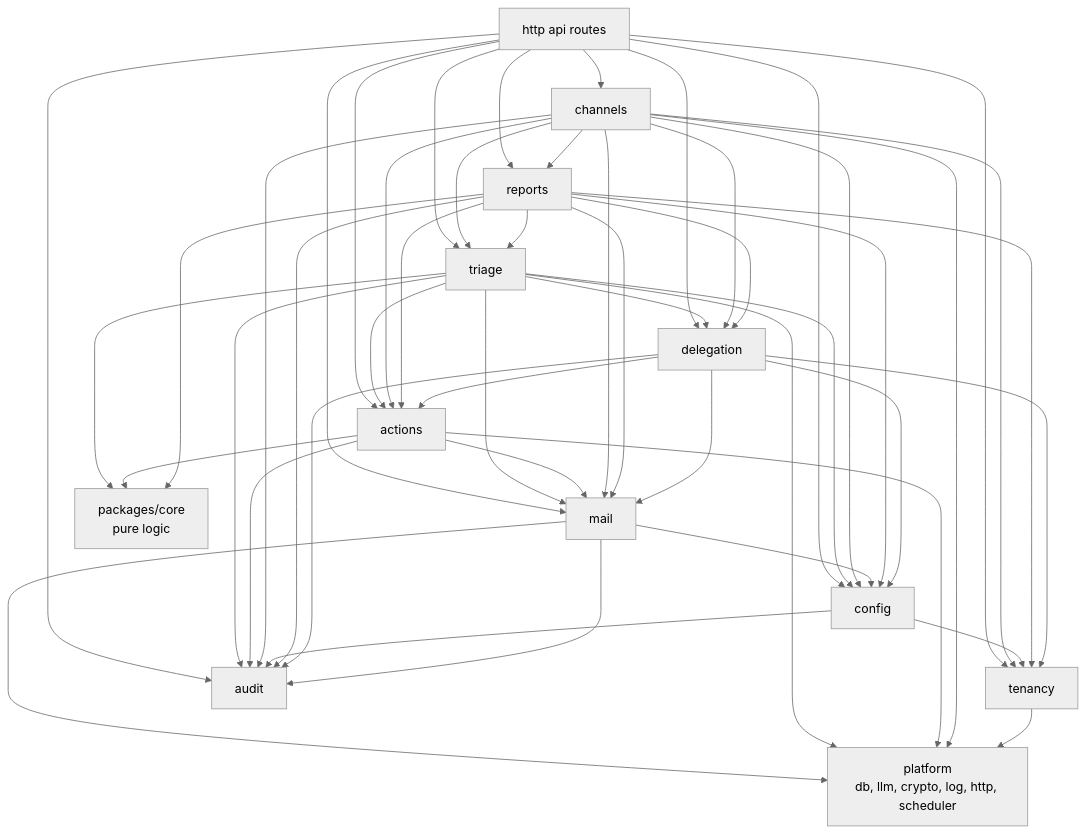
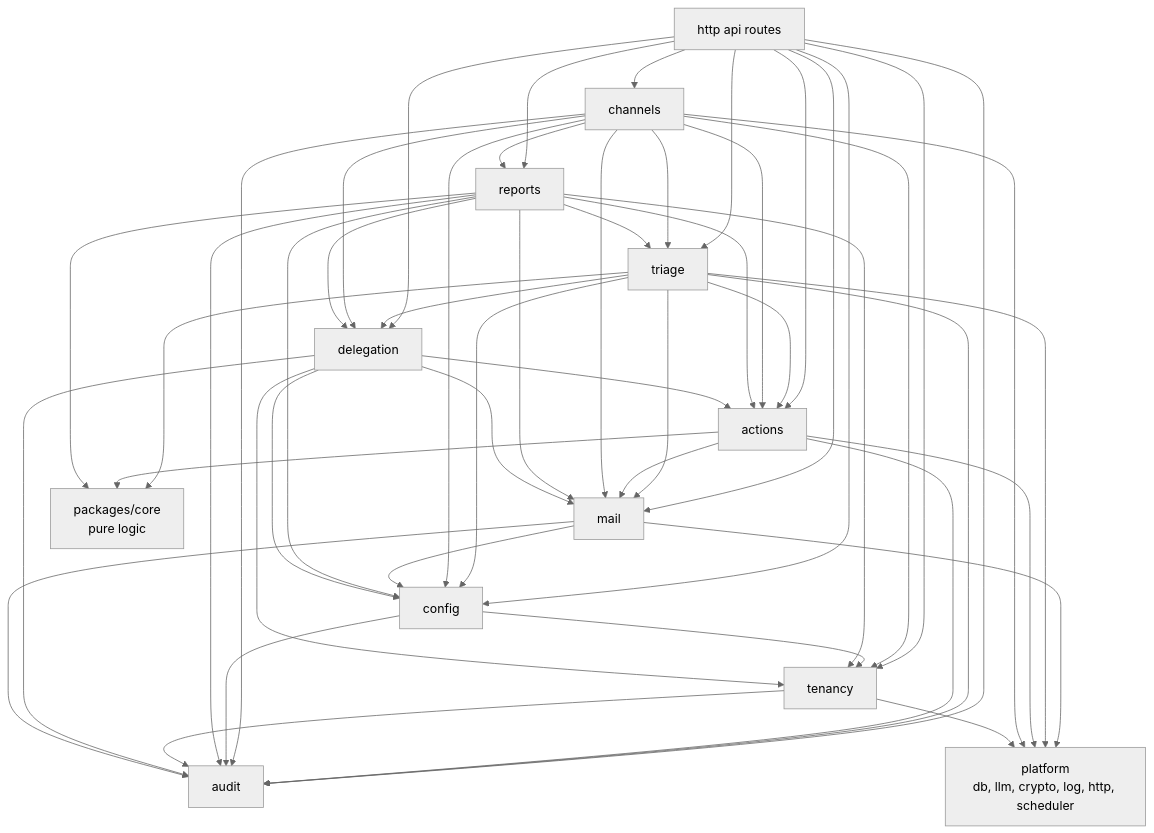
One commit to Artexs/email_assistant changed the second of 2 diagrams in docs/modules.md. Above: the diagram before and after it, drawn with Mermaid (neutral theme). The commit also changed other lines of this file and 10 other files, not shown here.

First line of the commit message:
docs: s5e stage 5 — ADR 0015, ADR 0016, architecture, modules, roadmap, deploy note

````diff
--- a/docs/modules.md
+++ b/docs/modules.md
@@ -73,53 +73,54 @@
 ```mermaid
 graph TD
     api[http api routes] --> tenancy
     api --> mail
     api --> config
     api --> actions
     api --> audit
     api --> reports
     api --> triage
     api --> channels
     api --> delegation
     triage --> config
     triage --> mail
     triage --> core
     triage --> delegation
     triage --> actions
     triage --> audit
     actions --> mail
     actions --> audit
     actions --> core
     channels --> actions
     channels --> delegation
     channels --> reports
     channels --> triage
     channels --> tenancy
     channels --> mail
     channels --> config
     channels --> audit
     config --> tenancy
     config --> audit
     mail --> config
     reports --> tenancy
     reports --> actions
     reports --> triage
     reports --> delegation
     reports --> audit
     reports --> mail
     reports --> config
     reports --> core
+    tenancy --> audit
     delegation --> actions
     delegation --> mail
     delegation --> config
     delegation --> tenancy
     delegation --> audit
     mail --> audit
     mail --> platform
     triage --> platform
     actions --> platform
     channels --> platform
     tenancy --> platform
     core[packages/core<br/>pure logic]
     platform[platform<br/>db, llm, crypto, log, http, scheduler]
 ```
````
